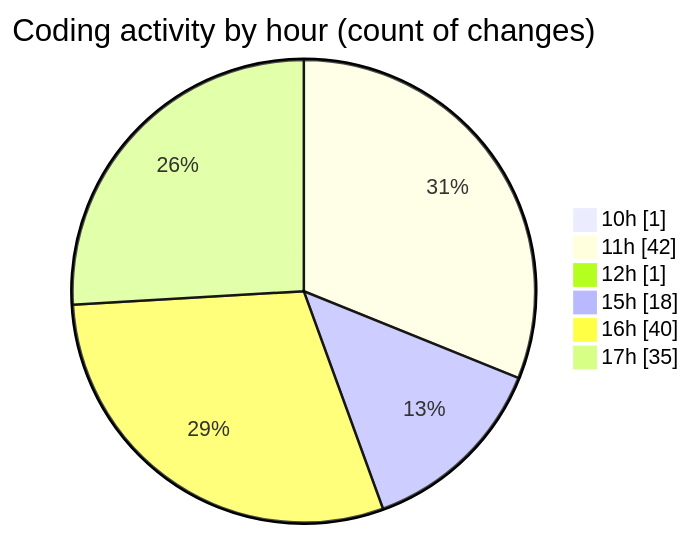
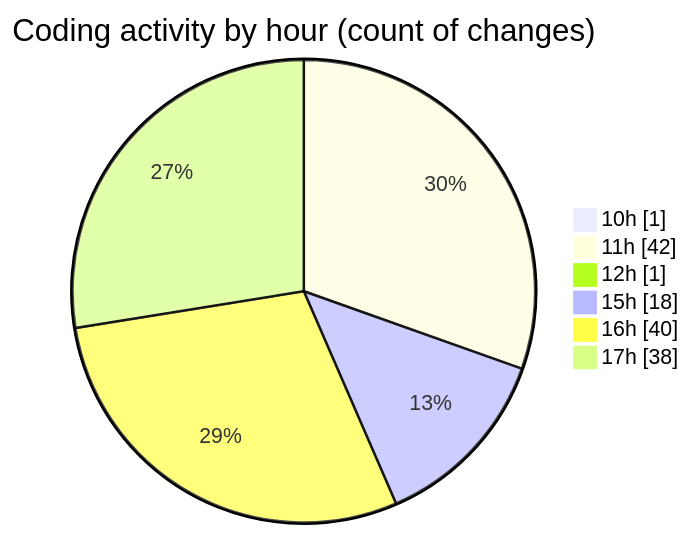
One commit to nxtqubesakshisongat/code-tracking changed the second of 2 diagrams in 2025-06-25/nxtqube_webapp/README.md. Above: the diagram before and after it, drawn with Mermaid. The commit also changed other lines of this file and 1 other file, not shown here.

````diff
--- a/2025-06-25/nxtqube_webapp/README.md
+++ b/2025-06-25/nxtqube_webapp/README.md
@@ -33,10 +33,10 @@
 ```mermaid
 pie showData
 title Coding activity by hour (count of changes)
 "10h" : 1
 "11h" : 42
 "12h" : 1
 "15h" : 18
 "16h" : 40
-"17h" : 35
+"17h" : 38
 ```
````
